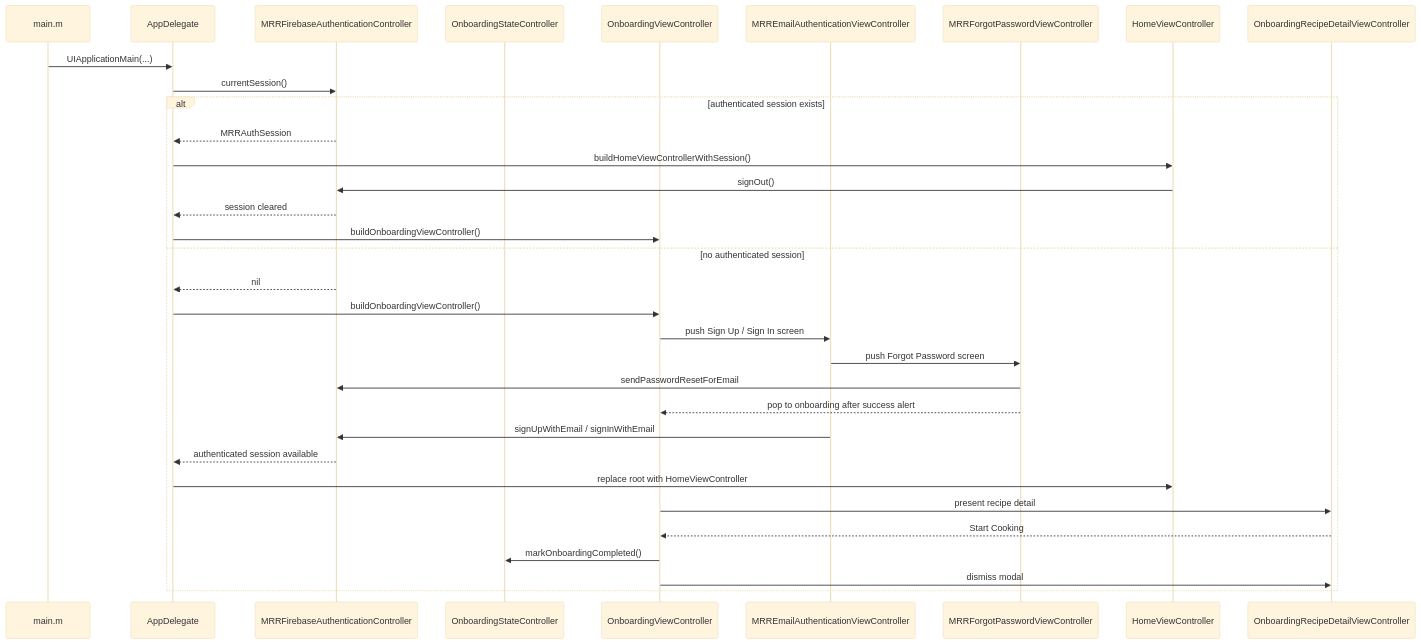
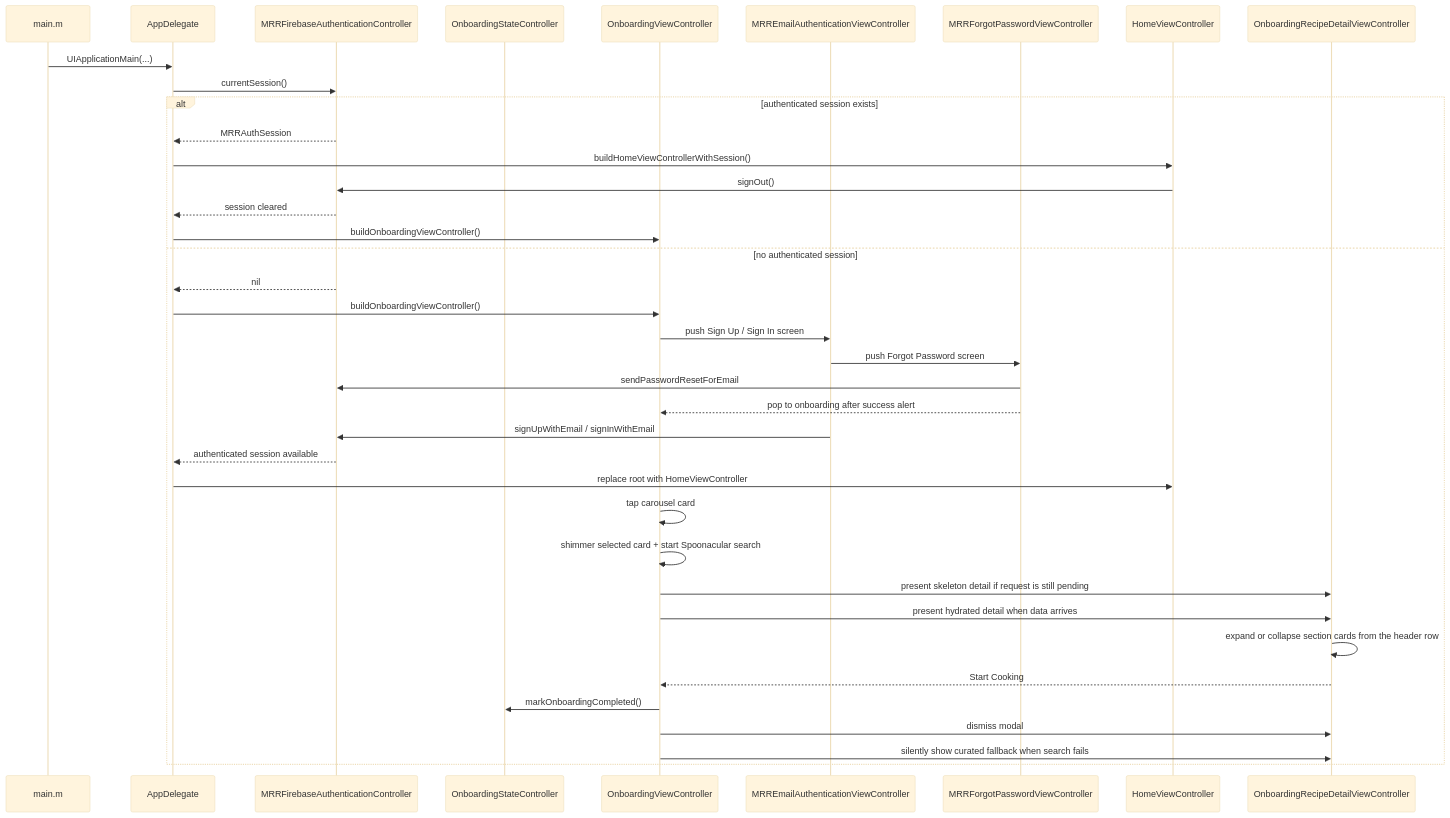
Before and after one commit to bengidev/ios-mrr-experiment: the second of 6 diagrams in ARCHITECTURE.md, drawn with Mermaid (base theme). The commit also changed other lines of this file and 2 other files, not shown here.

Commit message:
docs(onboarding): document live recipe detail experience

````diff
--- a/ARCHITECTURE.md
+++ b/ARCHITECTURE.md
@@ -79,36 +84,41 @@
 ```mermaid
 sequenceDiagram
   participant main as main.m
   participant app as AppDelegate
   participant auth as MRRFirebaseAuthenticationController
   participant state as OnboardingStateController
   participant onboarding as OnboardingViewController
   participant email as MRREmailAuthenticationViewController
   participant reset as MRRForgotPasswordViewController
   participant home as HomeViewController
   participant detail as OnboardingRecipeDetailViewController
 
   main->>app: UIApplicationMain(...)
   app->>auth: currentSession()
   alt authenticated session exists
     auth-->>app: MRRAuthSession
     app->>home: buildHomeViewControllerWithSession()
     home->>auth: signOut()
     auth-->>app: session cleared
     app->>onboarding: buildOnboardingViewController()
   else no authenticated session
     auth-->>app: nil
     app->>onboarding: buildOnboardingViewController()
     onboarding->>email: push Sign Up / Sign In screen
     email->>reset: push Forgot Password screen
     reset->>auth: sendPasswordResetForEmail
     reset-->>onboarding: pop to onboarding after success alert
     email->>auth: signUpWithEmail / signInWithEmail
     auth-->>app: authenticated session available
     app->>home: replace root with HomeViewController
-    onboarding->>detail: present recipe detail
+    onboarding->>onboarding: tap carousel card
+    onboarding->>onboarding: shimmer selected card + start Spoonacular search
+    onboarding->>detail: present skeleton detail if request is still pending
+    onboarding->>detail: present hydrated detail when data arrives
+    detail->>detail: expand or collapse section cards from the header row
     detail-->>onboarding: Start Cooking
     onboarding->>state: markOnboardingCompleted()
     onboarding->>detail: dismiss modal
+    onboarding->>detail: silently show curated fallback when search fails
   end
 ```
````
